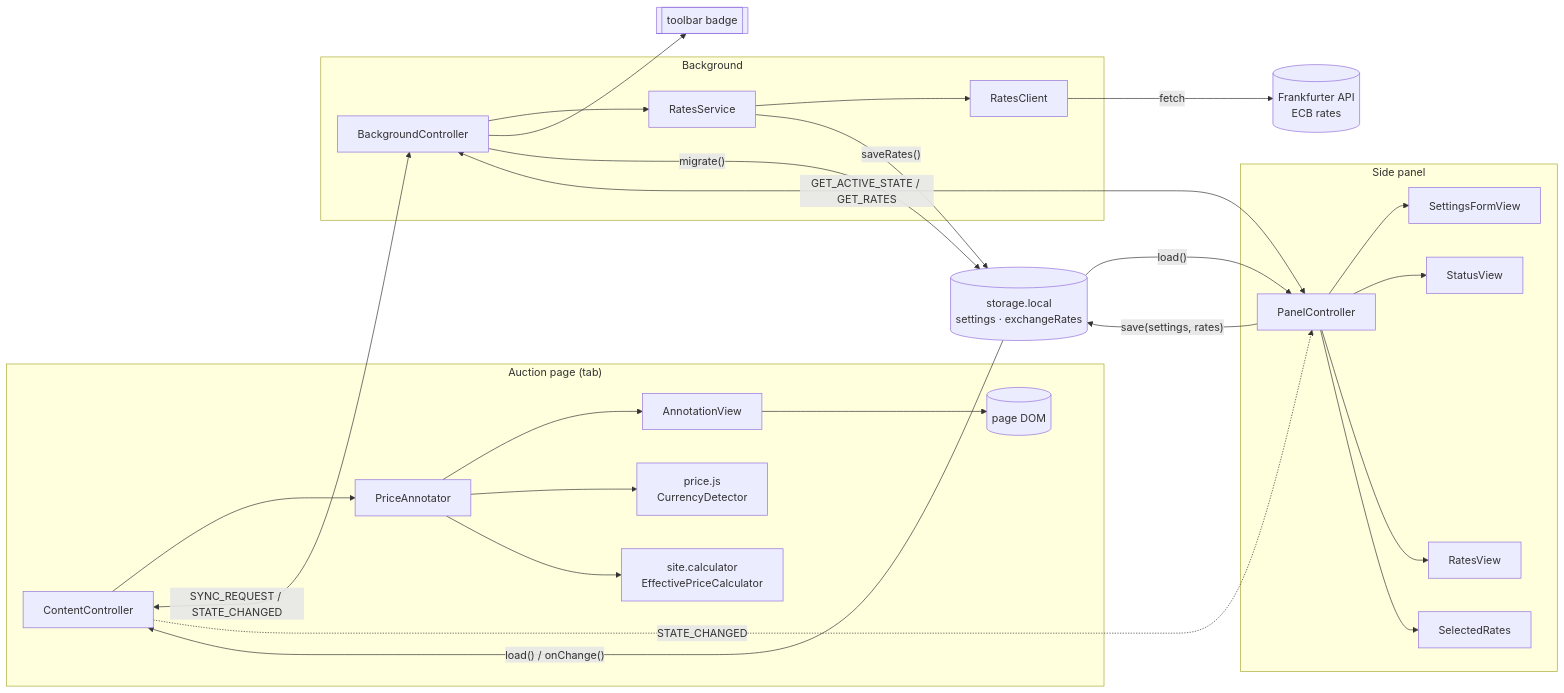
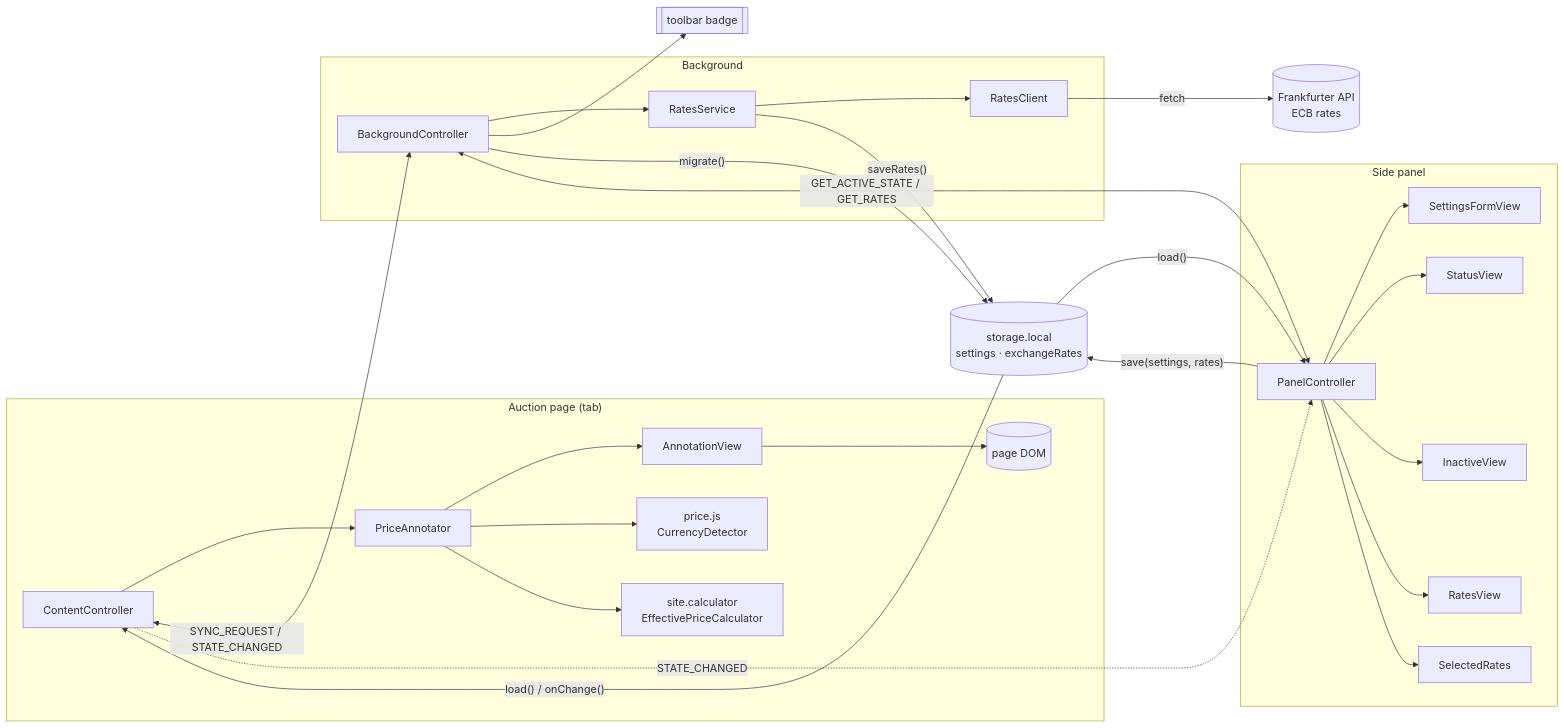
The second of 7 diagrams in docs/architecture.md (radyak/minerva-browserplugin), drawn with Mermaid before and after one commit. The commit also changed other lines of this file and 7 other files, not shown here.

````diff
--- a/docs/architecture.md
+++ b/docs/architecture.md
@@ -58,43 +58,44 @@
 ```mermaid
 flowchart LR
   subgraph page["Auction page (tab)"]
     DOM[("page DOM")]
     CC["ContentController"]
     PA["PriceAnnotator"]
     AV["AnnotationView"]
     CC --> PA --> AV --> DOM
     PA --> PRICE["price.js<br/>CurrencyDetector"]
     PA --> CALC["site.calculator<br/>EffectivePriceCalculator"]
   end
 
   subgraph bg["Background"]
     BC["BackgroundController"]
     RS["RatesService"]
     RC["RatesClient"]
     BC --> RS --> RC
   end
 
   subgraph panel["Side panel"]
     PC["PanelController"]
     SFV["SettingsFormView"]
     SV["StatusView"]
+    IV["InactiveView"]
     RV["RatesView"]
     SR["SelectedRates"]
-    PC --> SFV & SV & RV & SR
+    PC --> SFV & SV & IV & RV & SR
   end
 
   STORE[("storage.local<br/>settings · exchangeRates")]
   API[("Frankfurter API<br/>ECB rates")]
   BADGE[["toolbar badge"]]
 
   RC -->|fetch| API
   BC --> BADGE
   CC <-->|"SYNC_REQUEST / STATE_CHANGED"| BC
   CC -.->|STATE_CHANGED| PC
   PC <-->|"GET_ACTIVE_STATE / GET_RATES"| BC
   PC -->|"save(settings, rates)"| STORE
   RS -->|"saveRates()"| STORE
   STORE -->|"load() / onChange()"| CC
   STORE -->|"load()"| PC
   BC -->|"migrate()"| STORE
 ```
````
